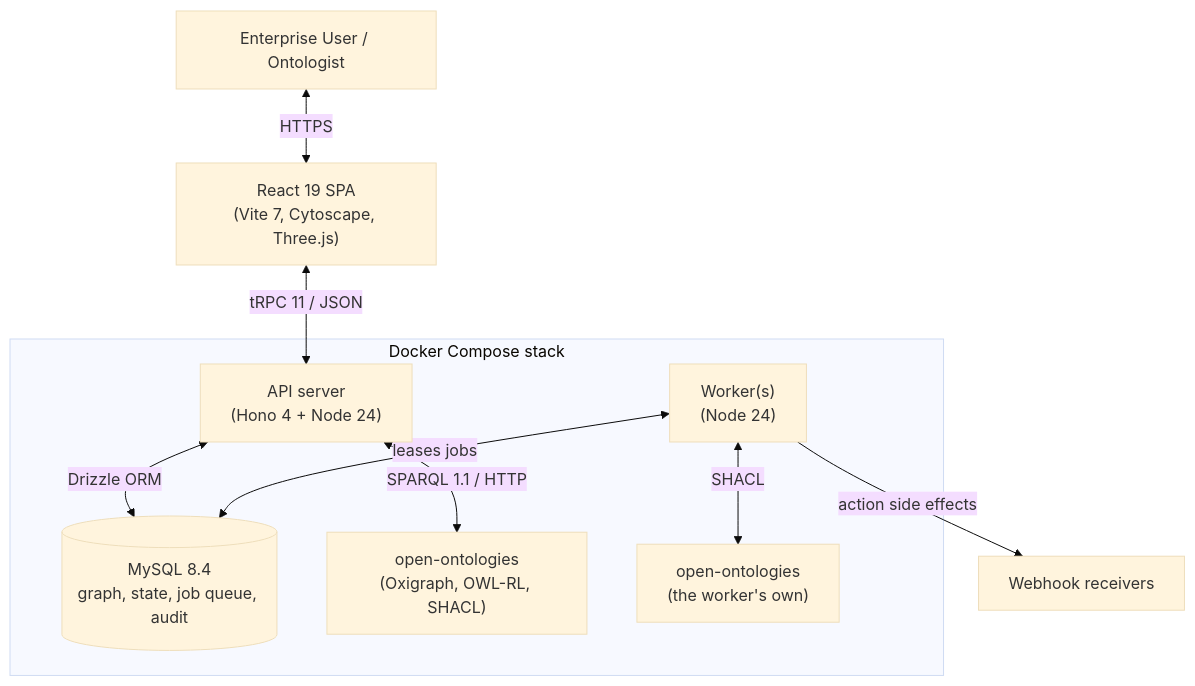
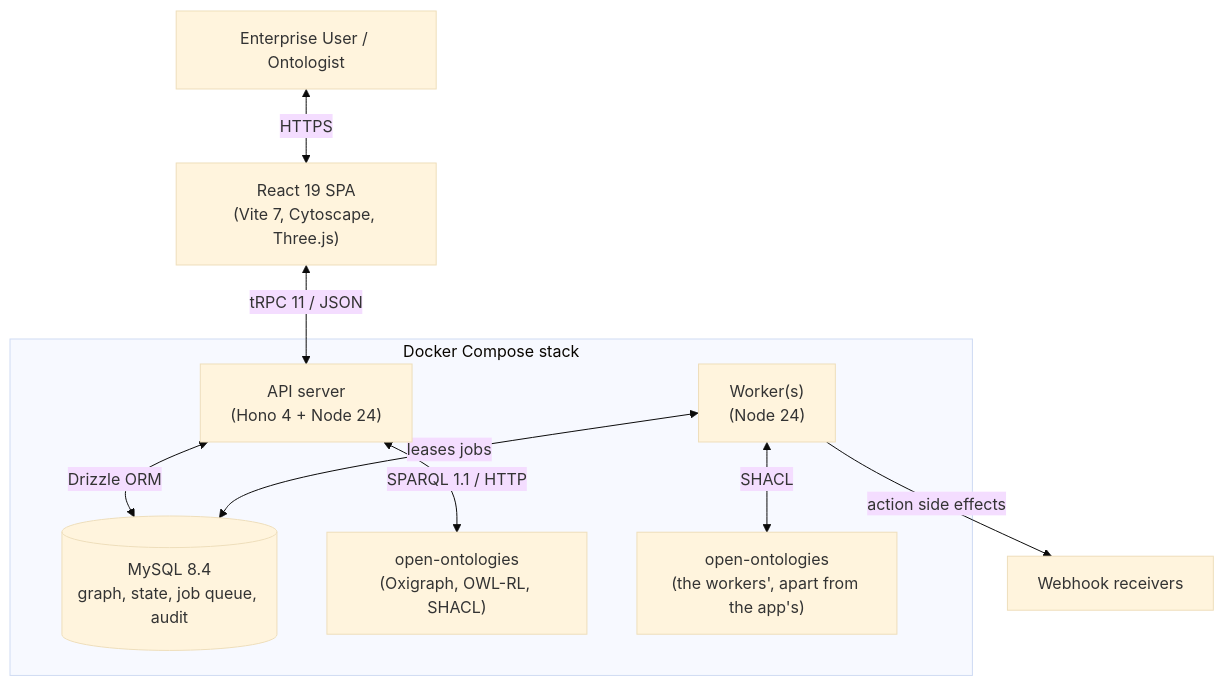
Before and after one commit to WrdCstlg/ontos-digital-twin: the diagram in README.md, drawn with Mermaid (base theme). The commit also changed other lines of this file and 13 other files, not shown here.

````diff
--- a/README.md
+++ b/README.md
@@ -58,18 +58,18 @@
 ```mermaid
 graph TD
     User["Enterprise User / Ontologist"] <-->|HTTPS| Web["React 19 SPA<br/>(Vite 7, Cytoscape, Three.js)"]
     Web <-->|tRPC 11 / JSON| Hono["API server<br/>(Hono 4 + Node 24)"]
     Hono <-->|Drizzle ORM| MySQL[("MySQL 8.4<br/>graph, state, job queue, audit")]
     Hono <-->|SPARQL 1.1 / HTTP| Engine["open-ontologies<br/>(Oxigraph, OWL-RL, SHACL)"]
     Worker["Worker(s)<br/>(Node 24)"] <-->|leases jobs| MySQL
-    Worker <-->|SHACL| EngineW["open-ontologies<br/>(the worker's own)"]
+    Worker <-->|SHACL| EngineW["open-ontologies<br/>(the workers', apart from the app's)"]
     Worker -->|action side effects| Hooks["Webhook receivers"]
 
     subgraph Compose ["Docker Compose stack"]
         Hono
         Worker
         MySQL
         Engine
         EngineW
     end
 ```
````
